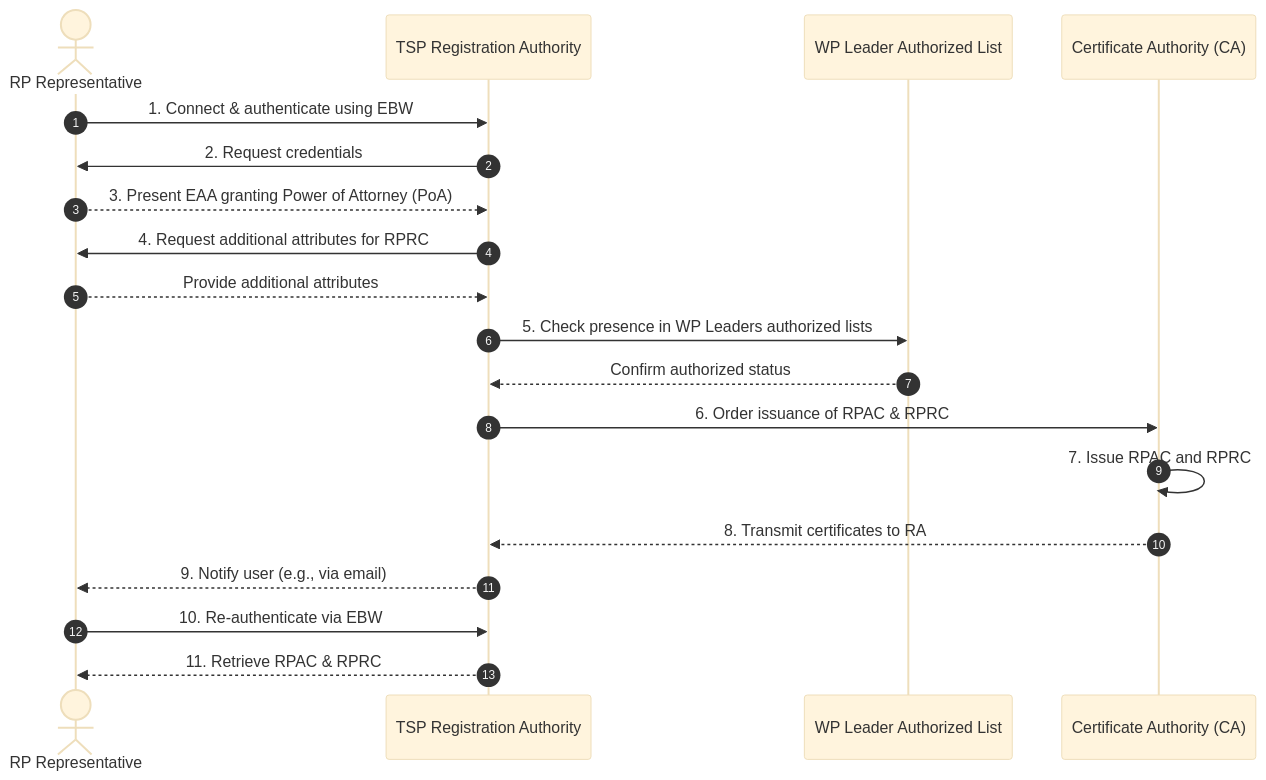
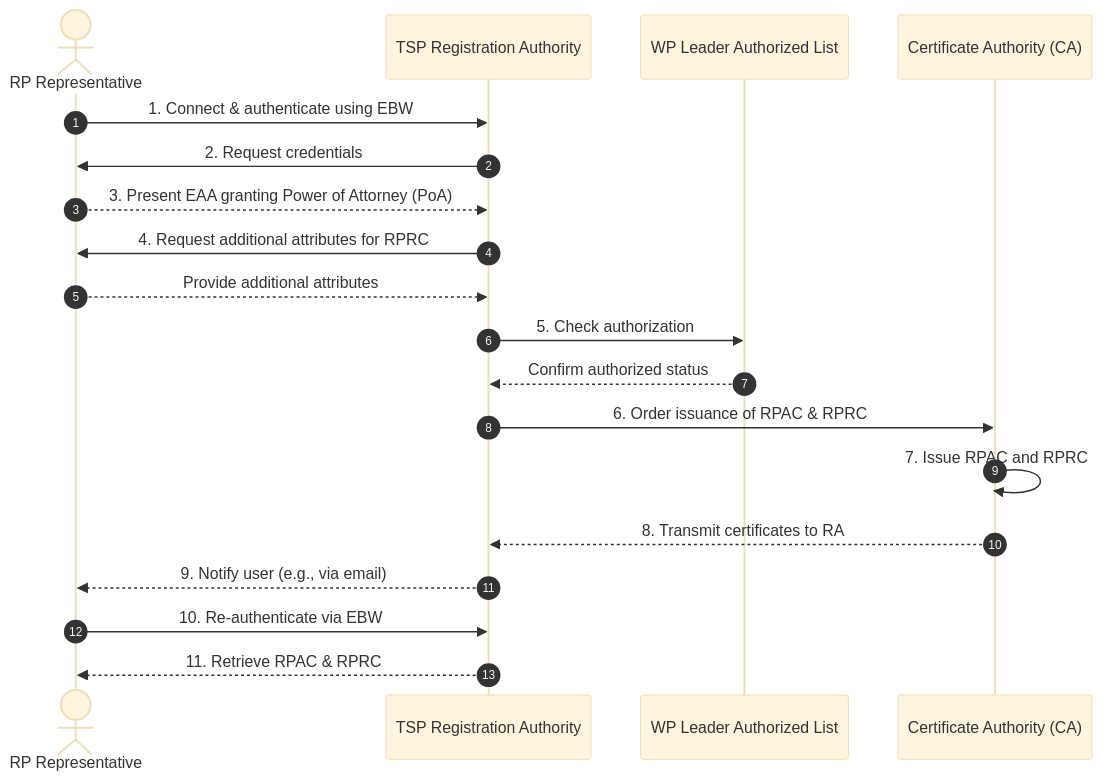
Before and after one commit to webuild-consortium/wp4-architecture: the first of 2 diagrams in conformance-specs/cs-13-intermediary-services-preflight.md, drawn with Mermaid (base theme).

Commit message:
Apply suggestion from @Saramandus

````diff
--- a/conformance-specs/cs-13-intermediary-services-preflight.md
+++ b/conformance-specs/cs-13-intermediary-services-preflight.md
@@ -79,22 +79,22 @@
 ```mermaid
 sequenceDiagram
     autonumber
     actor User as RP Representative
     participant RA as TSP Registration Authority
     participant List as WP Leader Authorized List
     participant CA as Certificate Authority (CA)
 
     User->>RA: 1. Connect & authenticate using EBW
     RA->>User: 2. Request credentials
     User-->>RA: 3. Present EAA granting Power of Attorney (PoA)
     RA->>User: 4. Request additional attributes for RPRC
     User-->>RA: Provide additional attributes
-    RA->>List: 5. Check presence in WP Leaders authorized lists
+    RA->>List: 5. Check authorization
     List-->>RA: Confirm authorized status
     RA->>CA: 6. Order issuance of RPAC & RPRC
     CA->>CA: 7. Issue RPAC and RPRC
     CA-->>RA: 8. Transmit certificates to RA
     RA-->>User: 9. Notify user (e.g., via email)
     User->>RA: 10. Re-authenticate via EBW
     RA-->>User: 11. Retrieve RPAC & RPRC
 ```
````
